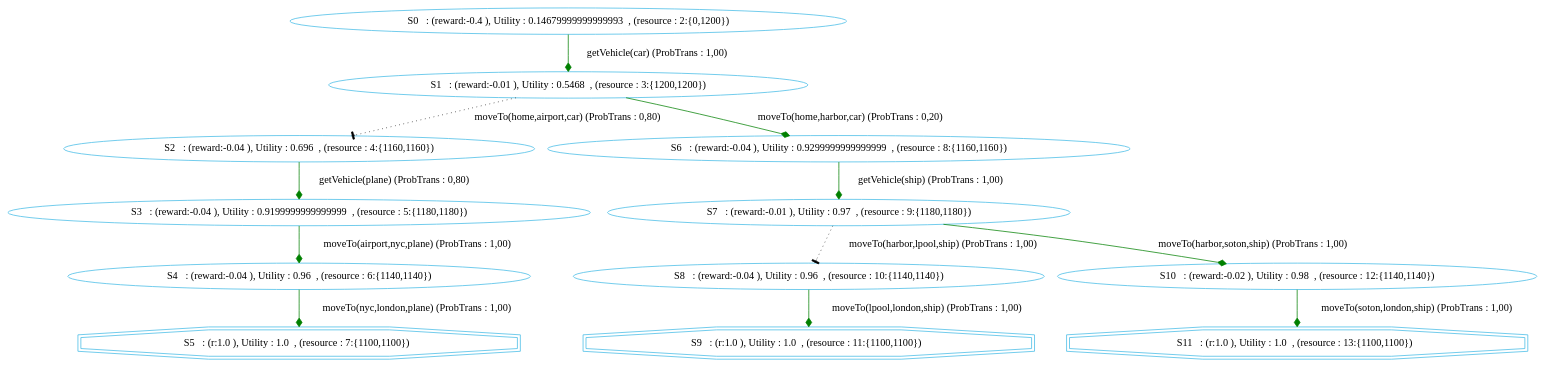
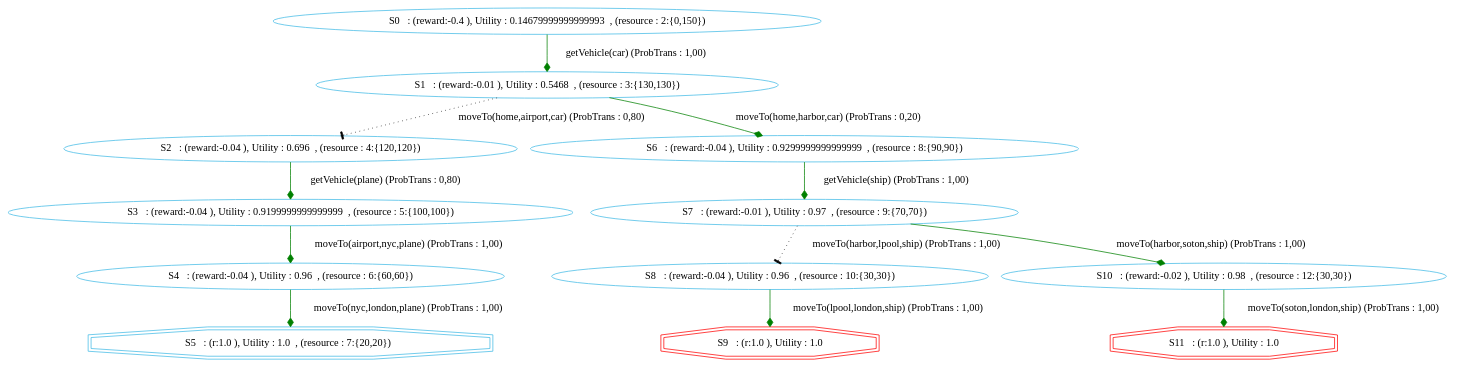
One commit to htiraHatem/CHIMP_MDP changed the diagram in chimp/src/main/java/examples/MDP/gotolondon/gotolondonGraphVICHIMP.dot. Above: the diagram before and after it, drawn with Graphviz. The commit also changed 10 other files, not shown here.

```diff
--- a/chimp/src/main/java/examples/MDP/gotolondon/gotolondonGraphVICHIMP.dot
+++ b/chimp/src/main/java/examples/MDP/gotolondon/gotolondonGraphVICHIMP.dot
@@ -1,18 +1,18 @@
 digraph {
   node [color="#40b9e5" ]
  size="60,17";
-"5" [label=" S5   : (r:1.0 ), Utility : 1.0  , (resource : 7:{1100,1100})  " shape=doubleoctagon];
-"9" [label=" S9   : (r:1.0 ), Utility : 1.0  , (resource : 11:{1100,1100})  " shape=doubleoctagon];
-"11" [label=" S11   : (r:1.0 ), Utility : 1.0  , (resource : 13:{1100,1100})  " shape=doubleoctagon];
-"0" [label=" S0   : (reward:-0.4 ), Utility : 0.14679999999999993  , (resource : 2:{0,1200}) "]"1" [label=" S1   : (reward:-0.01 ), Utility : 0.5468  , (resource : 3:{1200,1200}) "]"2" [label=" S2   : (reward:-0.04 ), Utility : 0.696  , (resource : 4:{1160,1160}) "]"3" [label=" S3   : (reward:-0.04 ), Utility : 0.9199999999999999  , (resource : 5:{1180,1180}) "]"4" [label=" S4   : (reward:-0.04 ), Utility : 0.96  , (resource : 6:{1140,1140}) "]"6" [label=" S6   : (reward:-0.04 ), Utility : 0.9299999999999999  , (resource : 8:{1160,1160}) "]"7" [label=" S7   : (reward:-0.01 ), Utility : 0.97  , (resource : 9:{1180,1180}) "]"8" [label=" S8   : (reward:-0.04 ), Utility : 0.96  , (resource : 10:{1140,1140}) "]"10" [label=" S10   : (reward:-0.02 ), Utility : 0.98  , (resource : 12:{1140,1140}) "]"0" -> "1" [ label="getVehicle(car) (ProbTrans : 1,00)"
+"5" [label=" S5   : (r:1.0 ), Utility : 1.0  , (resource : 7:{20,20})  " shape=doubleoctagon];
+"9" [label=" S9   : (r:1.0 ), Utility : 1.0 " color = red ,  shape=doubleoctagon]
+"11" [label=" S11   : (r:1.0 ), Utility : 1.0 " color = red ,  shape=doubleoctagon]
+"0" [label=" S0   : (reward:-0.4 ), Utility : 0.14679999999999993  , (resource : 2:{0,150}) "]"1" [label=" S1   : (reward:-0.01 ), Utility : 0.5468  , (resource : 3:{130,130}) "]"2" [label=" S2   : (reward:-0.04 ), Utility : 0.696  , (resource : 4:{120,120}) "]"3" [label=" S3   : (reward:-0.04 ), Utility : 0.9199999999999999  , (resource : 5:{100,100}) "]"4" [label=" S4   : (reward:-0.04 ), Utility : 0.96  , (resource : 6:{60,60}) "]"6" [label=" S6   : (reward:-0.04 ), Utility : 0.9299999999999999  , (resource : 8:{90,90}) "]"7" [label=" S7   : (reward:-0.01 ), Utility : 0.97  , (resource : 9:{70,70}) "]"8" [label=" S8   : (reward:-0.04 ), Utility : 0.96  , (resource : 10:{30,30}) "]"10" [label=" S10   : (reward:-0.02 ), Utility : 0.98  , (resource : 12:{30,30}) "]"0" -> "1" [ label="getVehicle(car) (ProbTrans : 1,00)"
 , arrowhead = diamond , color=green];"1" -> "2" [ label="moveTo(home,airport,car) (ProbTrans : 0,80)"
 ,style=dotted, arrowhead=tee];"1" -> "6" [ label="moveTo(home,harbor,car) (ProbTrans : 0,20)"
 , arrowhead = diamond , color=green];"2" -> "3" [ label="getVehicle(plane) (ProbTrans : 0,80)"
 , arrowhead = diamond , color=green];"3" -> "4" [ label="moveTo(airport,nyc,plane) (ProbTrans : 1,00)"
 , arrowhead = diamond , color=green];"4" -> "5" [ label="moveTo(nyc,london,plane) (ProbTrans : 1,00)"
 , arrowhead = diamond , color=green];"6" -> "7" [ label="getVehicle(ship) (ProbTrans : 1,00)"
 , arrowhead = diamond , color=green];"7" -> "8" [ label="moveTo(harbor,lpool,ship) (ProbTrans : 1,00)"
 ,style=dotted, arrowhead=tee];"7" -> "10" [ label="moveTo(harbor,soton,ship) (ProbTrans : 1,00)"
 , arrowhead = diamond , color=green];"8" -> "9" [ label="moveTo(lpool,london,ship) (ProbTrans : 1,00)"
 , arrowhead = diamond , color=green];"10" -> "11" [ label="moveTo(soton,london,ship) (ProbTrans : 1,00)"
 , arrowhead = diamond , color=green];}
```
